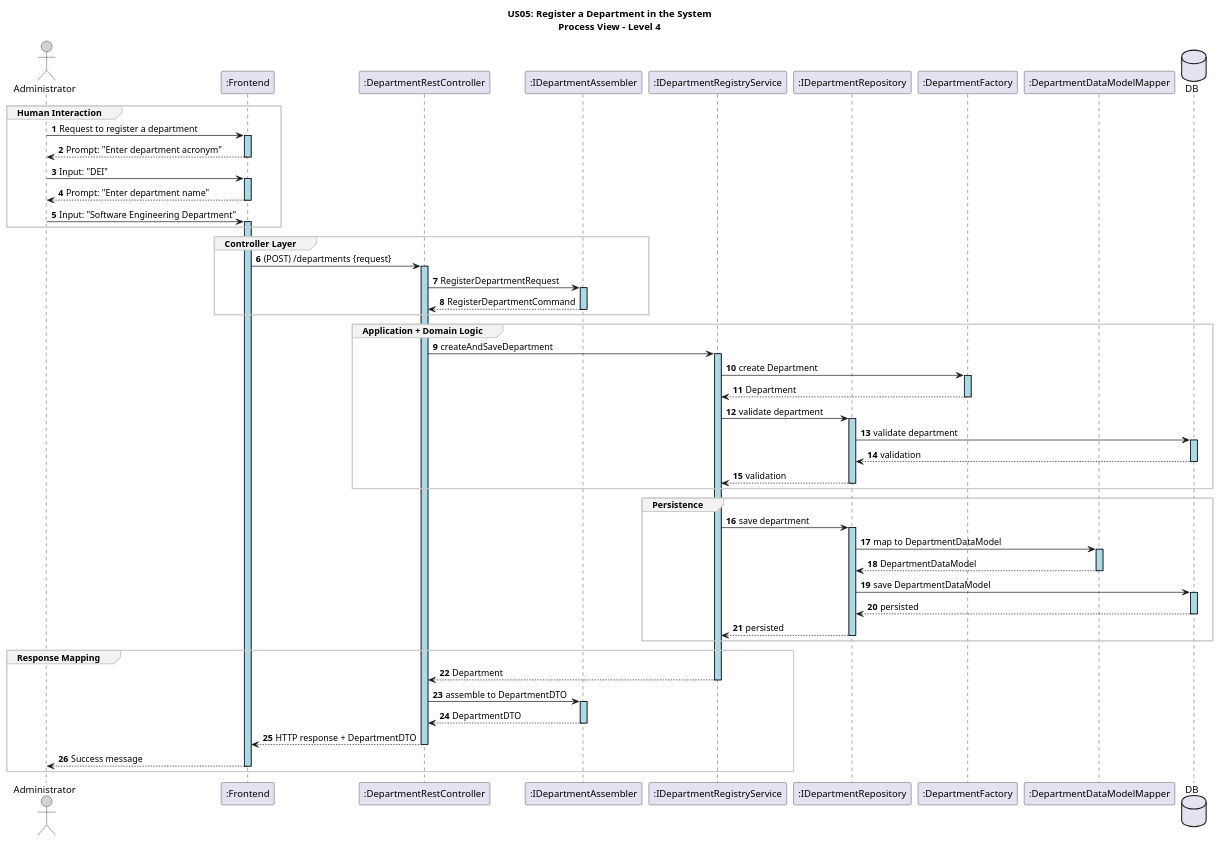
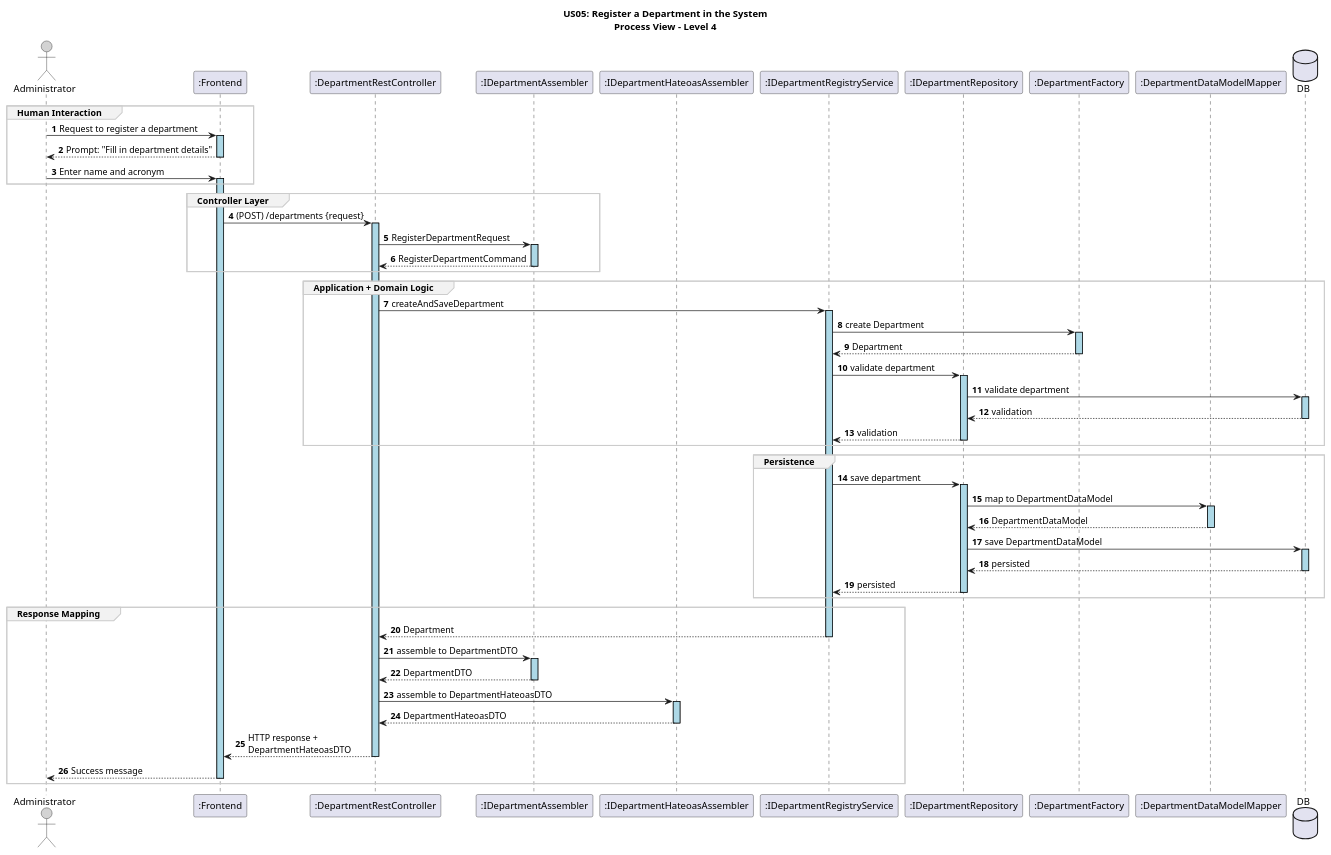
Before and after one commit to GasparISEP/DevOps-PAI: the diagram in docs/US05/sprint6_RestAPI/ProcessView/US05_RestAPI_ProcessView_Level4.puml, drawn with PlantUML. The commit also changed 3 other files, not shown here.

Commit message:
doc: refactor process diagrams to reflect future implementation (refs #500, refs #575)

```diff
--- a/docs/US05/sprint6_RestAPI/ProcessView/US05_RestAPI_ProcessView_Level4.puml
+++ b/docs/US05/sprint6_RestAPI/ProcessView/US05_RestAPI_ProcessView_Level4.puml
@@ -1,67 +1,68 @@
 @startuml
 
 title US05: Register a Department in the System\nProcess View – Level 4
 
 autonumber
 skinparam sequence {
     LifelineBorderColor black
     LifelineBackgroundColor LightBlue
     ActorBorderColor black
     ActorBackgroundColor LightGray
     GroupBorderColor #cccccc
     GroupBackgroundColor #f2f2f2
 }
 
 actor "Administrator" as ADM
 participant ":Frontend" as UI
 participant ":DepartmentRestController" as Controller
 participant ":IDepartmentAssembler" as Assembler
+participant ":IDepartmentHateoasAssembler" as HAAssembler
 participant ":IDepartmentRegistryService" as Service
 participant ":IDepartmentRepository" as Repository
 participant ":DepartmentFactory" as Factory
 participant ":DepartmentDataModelMapper" as DataModelMapper
 database "DB" as SpringDataRepo
 
 group Human Interaction
 ADM -> UI ++: Request to register a department
-UI --> ADM --: Prompt: "Enter department acronym"
-ADM -> UI ++: Input: "DEI"
-UI --> ADM --: Prompt: "Enter department name"
-ADM -> UI ++: Input: "Software Engineering Department"
+UI --> ADM --: Prompt: "Fill in department details"
+ADM -> UI ++: Enter name and acronym
 end group
 
 group Controller Layer
 UI -> Controller ++: (POST) /departments {request}
 Controller -> Assembler ++: RegisterDepartmentRequest
 Assembler --> Controller --: RegisterDepartmentCommand
 end group
 
 
 group Application + Domain Logic
 Controller -> Service ++: createAndSaveDepartment
 Service -> Factory ++: create Department
 Factory --> Service --: Department
 Service -> Repository ++: validate department
 Repository -> SpringDataRepo ++: validate department
 SpringDataRepo --> Repository --: validation
 Repository --> Service --: validation
 end group
 
 group Persistence
 Service -> Repository ++: save department
 Repository -> DataModelMapper ++: map to DepartmentDataModel
 DataModelMapper --> Repository --: DepartmentDataModel
 Repository -> SpringDataRepo ++: save DepartmentDataModel
 SpringDataRepo --> Repository --: persisted
 Repository --> Service --: persisted
 end group
 
 group Response Mapping
 Service --> Controller --: Department
 Controller -> Assembler ++: assemble to DepartmentDTO
 Assembler --> Controller --: DepartmentDTO
-Controller --> UI --: HTTP response + DepartmentDTO
+Controller -> HAAssembler ++: assemble to DepartmentHateoasDTO
+HAAssembler --> Controller --: DepartmentHateoasDTO
+Controller --> UI --: HTTP response + \nDepartmentHateoasDTO
 UI --> ADM --: Success message
 end group
 
 @enduml
```
